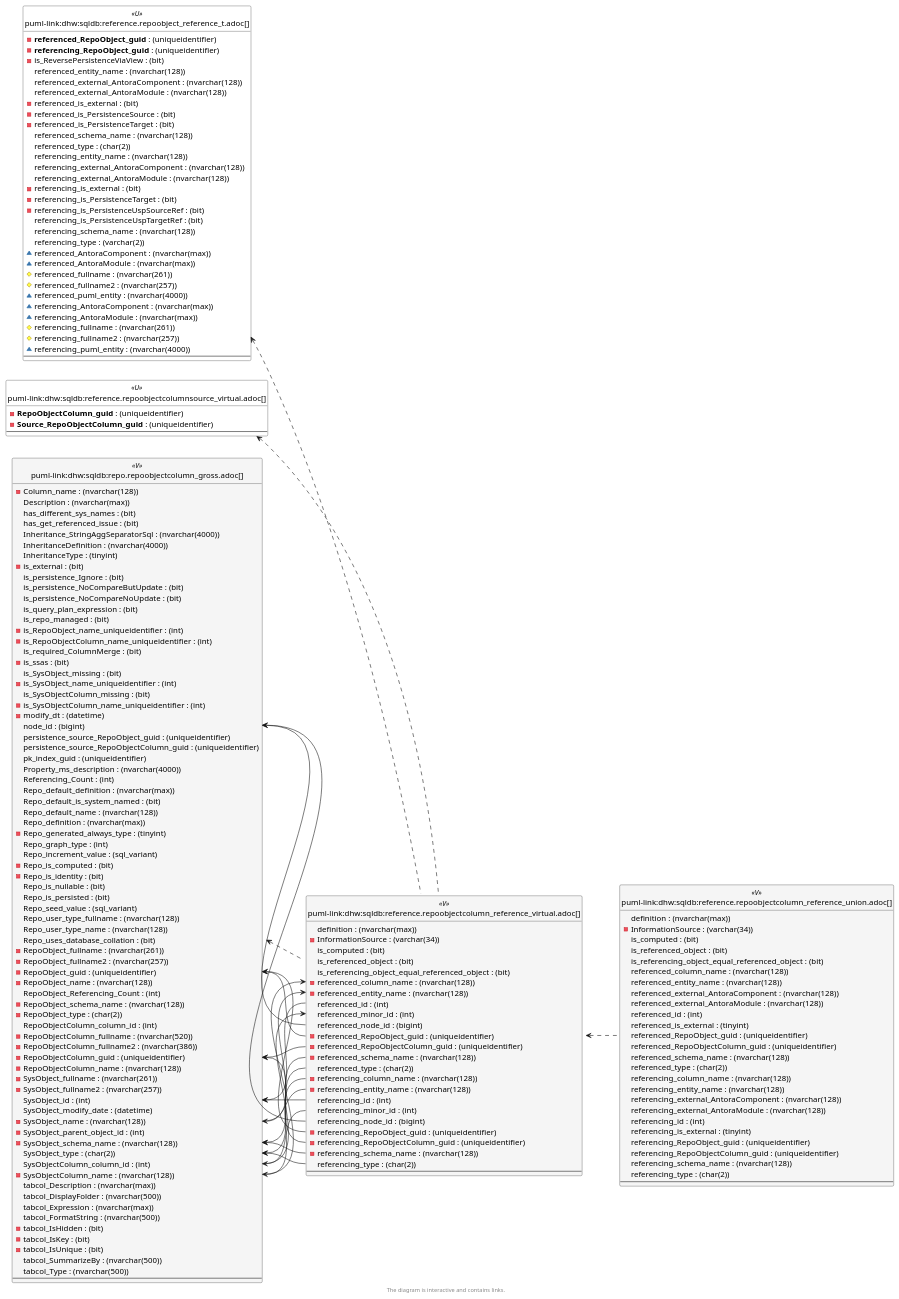
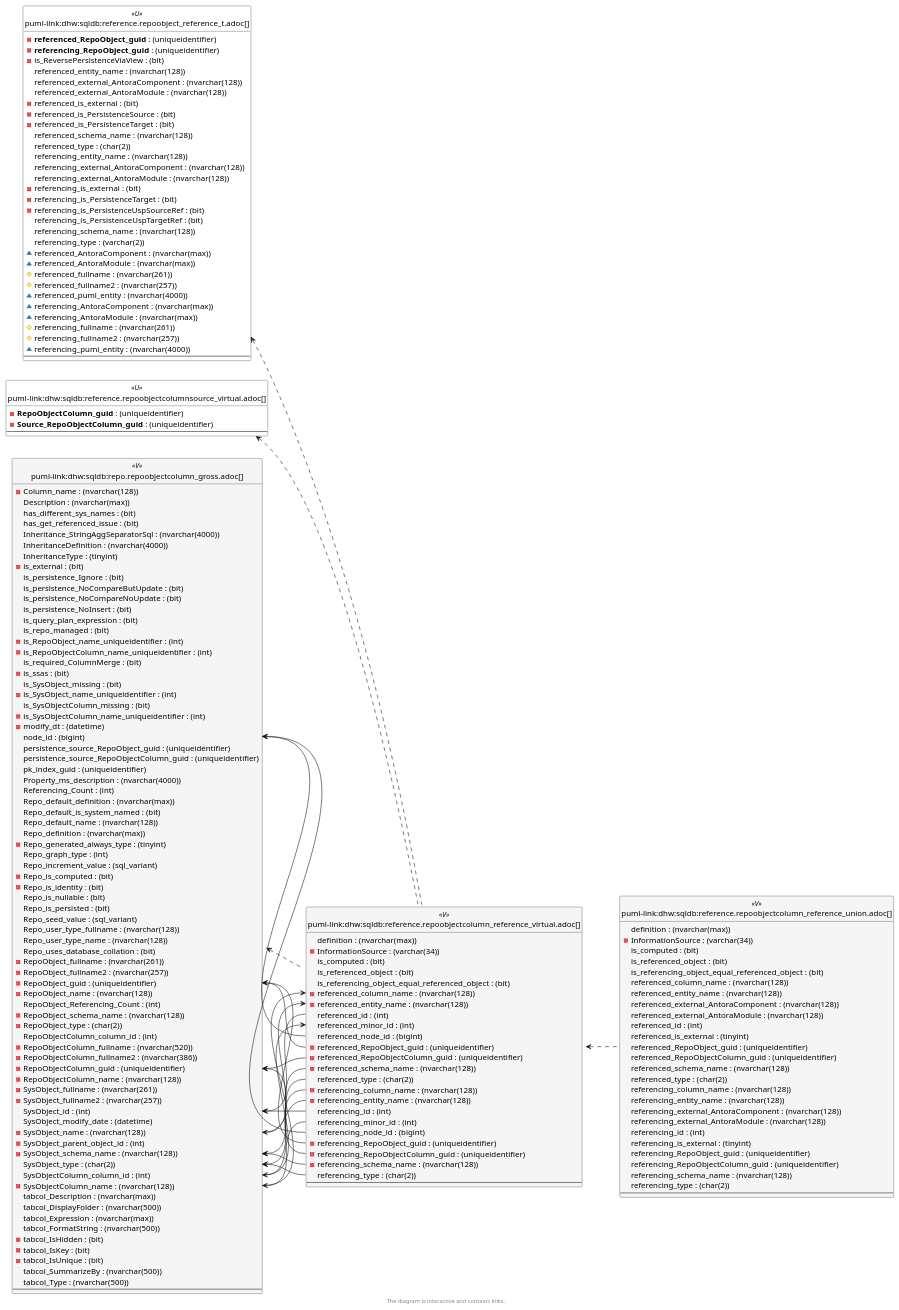
One commit to DataHandwerk/dhw-antora-sqldb changed the sixth of 6 diagrams in docs/modules/sqldb/partials/content/reference.repoobjectcolumn_reference_virtual.adoc. Above: the diagram before and after it, drawn with PlantUML. The commit also changed other lines of this file and 701 other files, not shown here.

```diff
--- a/docs/modules/sqldb/partials/content/reference.repoobjectcolumn_reference_virtual.adoc
+++ b/docs/modules/sqldb/partials/content/reference.repoobjectcolumn_reference_virtual.adoc
@@ -2556,6 +2574,7 @@
   is_persistence_Ignore : (bit)
   is_persistence_NoCompareButUpdate : (bit)
   is_persistence_NoCompareNoUpdate : (bit)
+  is_persistence_NoInsert : (bit)
   is_query_plan_expression : (bit)
   is_repo_managed : (bit)
   - is_RepoObject_name_uniqueidentifier : (int)
@@ -2626,18 +2645,18 @@
 reference.RepoObjectColumn_reference_virtual <.. reference.RepoObjectColumn_reference_union
 reference.RepoObjectColumnSource_virtual <.. reference.RepoObjectColumn_reference_virtual
 repo.RepoObjectColumn_gross <.. reference.RepoObjectColumn_reference_virtual
+"repo.RepoObjectColumn_gross::node_id" <-- "reference.RepoObjectColumn_reference_virtual::referenced_node_id"
 "repo.RepoObjectColumn_gross::node_id" <-- "reference.RepoObjectColumn_reference_virtual::referencing_node_id"
-"repo.RepoObjectColumn_gross::node_id" <-- "reference.RepoObjectColumn_reference_virtual::referenced_node_id"
 "repo.RepoObjectColumn_gross::RepoObject_guid" <-- "reference.RepoObjectColumn_reference_virtual::referenced_RepoObject_guid"
 "repo.RepoObjectColumn_gross::RepoObject_guid" <-- "reference.RepoObjectColumn_reference_virtual::referencing_RepoObject_guid"
+"repo.RepoObjectColumn_gross::RepoObjectColumn_guid" <-- "reference.RepoObjectColumn_reference_virtual::referenced_RepoObjectColumn_guid"
 "repo.RepoObjectColumn_gross::RepoObjectColumn_guid" <-- "reference.RepoObjectColumn_reference_virtual::referencing_RepoObjectColumn_guid"
-"repo.RepoObjectColumn_gross::RepoObjectColumn_guid" <-- "reference.RepoObjectColumn_reference_virtual::referenced_RepoObjectColumn_guid"
 "repo.RepoObjectColumn_gross::SysObject_id" <-- "reference.RepoObjectColumn_reference_virtual::referenced_id"
 "repo.RepoObjectColumn_gross::SysObject_id" <-- "reference.RepoObjectColumn_reference_virtual::referencing_id"
 "repo.RepoObjectColumn_gross::SysObject_name" <-- "reference.RepoObjectColumn_reference_virtual::referenced_entity_name"
 "repo.RepoObjectColumn_gross::SysObject_name" <-- "reference.RepoObjectColumn_reference_virtual::referencing_entity_name"
+"repo.RepoObjectColumn_gross::SysObject_schema_name" <-- "reference.RepoObjectColumn_reference_virtual::referenced_schema_name"
 "repo.RepoObjectColumn_gross::SysObject_schema_name" <-- "reference.RepoObjectColumn_reference_virtual::referencing_schema_name"
-"repo.RepoObjectColumn_gross::SysObject_schema_name" <-- "reference.RepoObjectColumn_reference_virtual::referenced_schema_name"
 "repo.RepoObjectColumn_gross::SysObject_type" <-- "reference.RepoObjectColumn_reference_virtual::referenced_type"
 "repo.RepoObjectColumn_gross::SysObject_type" <-- "reference.RepoObjectColumn_reference_virtual::referencing_type"
 "repo.RepoObjectColumn_gross::SysObjectColumn_column_id" <-- "reference.RepoObjectColumn_reference_virtual::referenced_minor_id"
```
